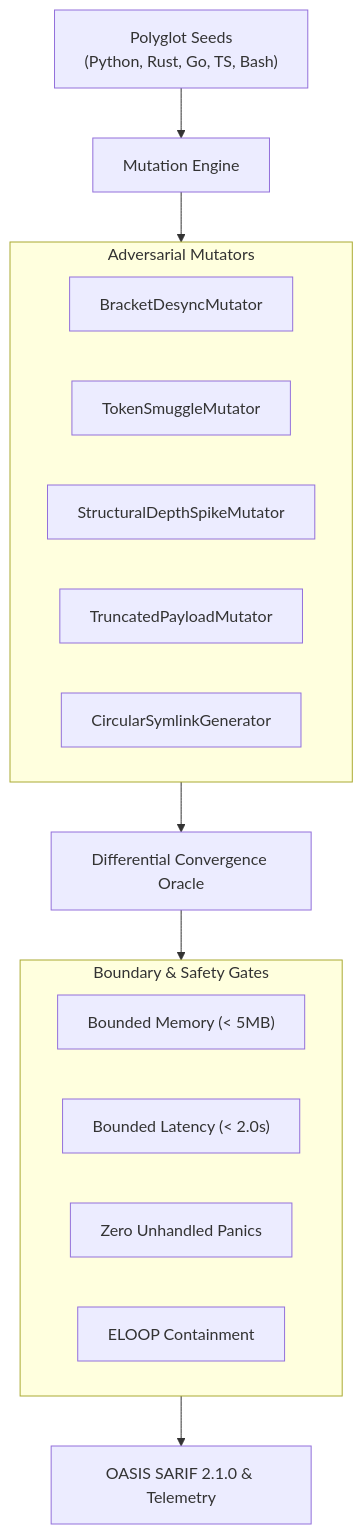
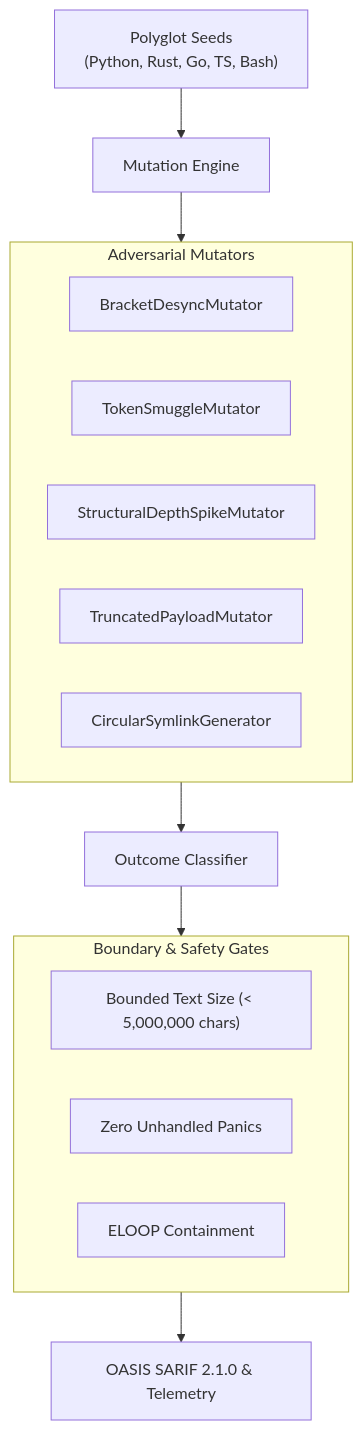
Before and after one commit to dan-petty/vibes: the diagram in examples/polyglot-mutation-fuzzer/README.md, drawn with Mermaid. The commit also changed other lines of this file and 248 other files, not shown here.

````diff
--- a/examples/polyglot-mutation-fuzzer/README.md
+++ b/examples/polyglot-mutation-fuzzer/README.md
@@ -23,25 +25,24 @@
 ```mermaid
 flowchart TD
     Seeds["Polyglot Seeds<br/>(Python, Rust, Go, TS, Bash)"] --> Mutators["Mutation Engine"]
 
     subgraph Operators ["Adversarial Mutators"]
         M1["BracketDesyncMutator"]
         M2["TokenSmuggleMutator"]
         M3["StructuralDepthSpikeMutator"]
         M4["TruncatedPayloadMutator"]
         M5["CircularSymlinkGenerator"]
     end
 
     Mutators --> Operators
-    Operators --> Oracle["Differential Convergence Oracle"]
+    Operators --> Oracle["Outcome Classifier"]
 
     subgraph Assertions ["Boundary & Safety Gates"]
-        A1["Bounded Memory (< 5MB)"]
-        A2["Bounded Latency (< 2.0s)"]
+        A1["Bounded Text Size (< 5,000,000 chars)"]
         A3["Zero Unhandled Panics"]
         A4["ELOOP Containment"]
     end
 
     Oracle --> Assertions
     Assertions --> Telemetry["OASIS SARIF 2.1.0 & Telemetry"]
 ```
````
